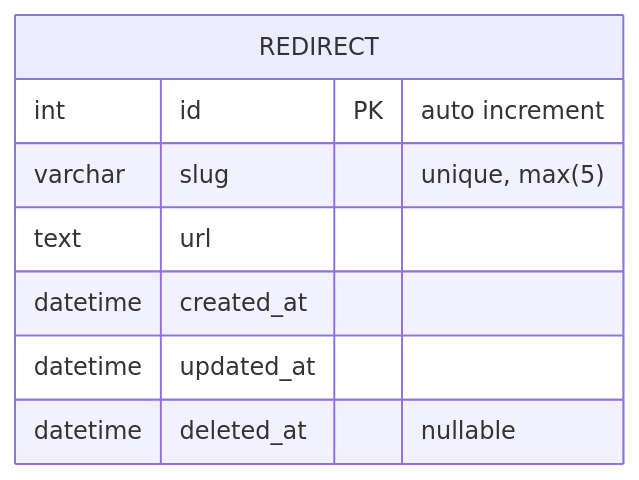
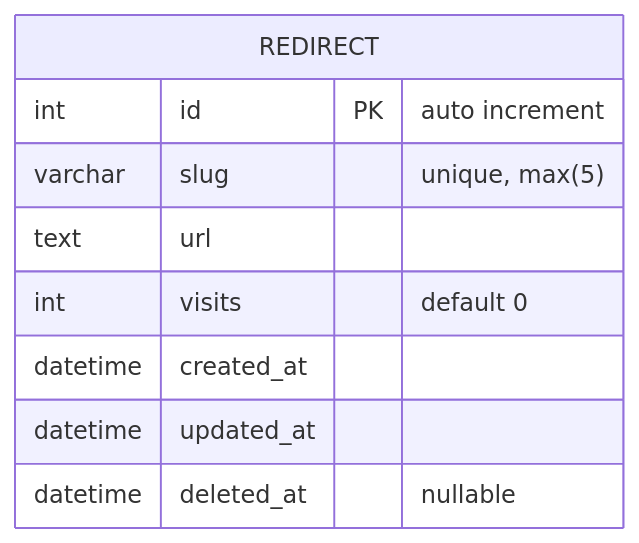
Before and after one commit to tighten/mon-petit: the second of 2 diagrams in docs/0000-url-shortener-feature.md, drawn with Mermaid. The commit also changed other lines of this file and 87 other files, not shown here.

````diff
--- a/docs/0000-url-shortener-feature.md
+++ b/docs/0000-url-shortener-feature.md
@@ -31,12 +32,13 @@
 ```mermaid
 erDiagram
     REDIRECT 
     REDIRECT {
         int id PK "auto increment"
         varchar slug "unique, max(5)"
         text url
+        int visits "default 0"
         datetime created_at
         datetime updated_at
         datetime deleted_at "nullable"
     }
 ```
````
